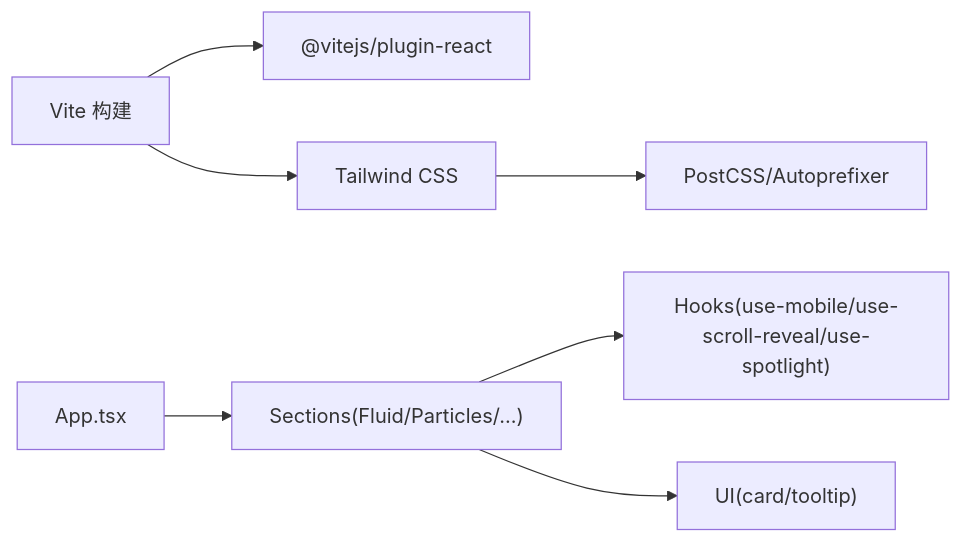
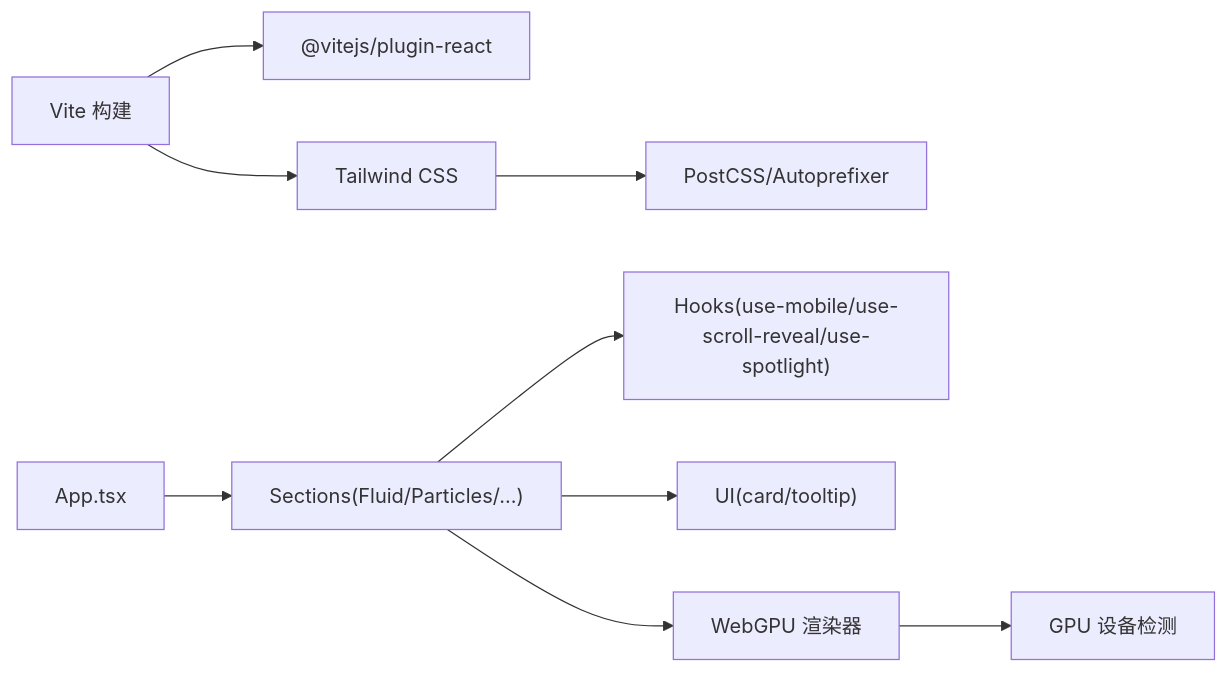
Before and after one commit to Primoguo/naolizhi.cn: the sixth of 8 diagrams in .qoder/repowiki/zh/content/性能优化/性能优化.md, drawn with Mermaid. The commit also changed other lines of this file and 73 other files, not shown here.

````diff
--- a/.qoder/repowiki/zh/content/性能优化/性能优化.md
+++ b/.qoder/repowiki/zh/content/性能优化/性能优化.md
@@ -283,9 +359,11 @@
 ```mermaid
 graph LR
 Vite["Vite 构建"] --> React["@vitejs/plugin-react"]
 Vite --> Tailwind["Tailwind CSS"]
 Tailwind --> PostCSS["PostCSS/Autoprefixer"]
 App["App.tsx"] --> Sections["Sections(Fluid/Particles/...)"]
 Sections --> Hooks["Hooks(use-mobile/use-scroll-reveal/use-spotlight)"]
 Sections --> UI["UI(card/tooltip)"]
+Sections --> WebGPU["WebGPU 渲染器"]
+WebGPU --> GPU["GPU 设备检测"]
 ```
````
